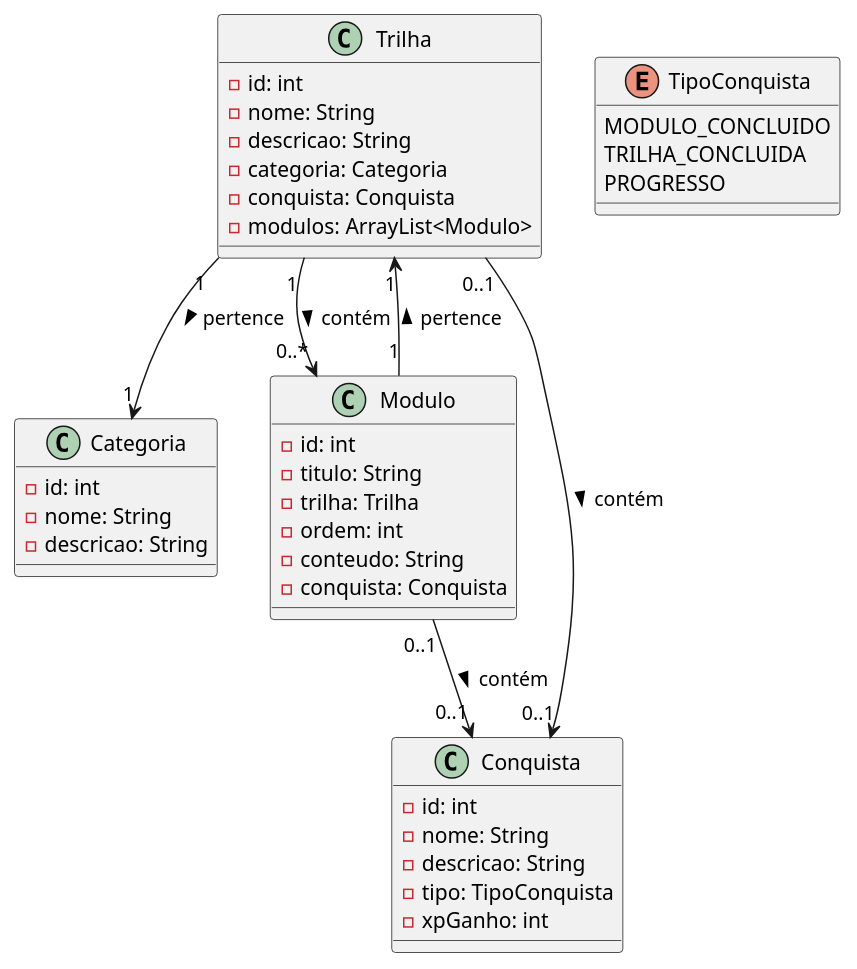
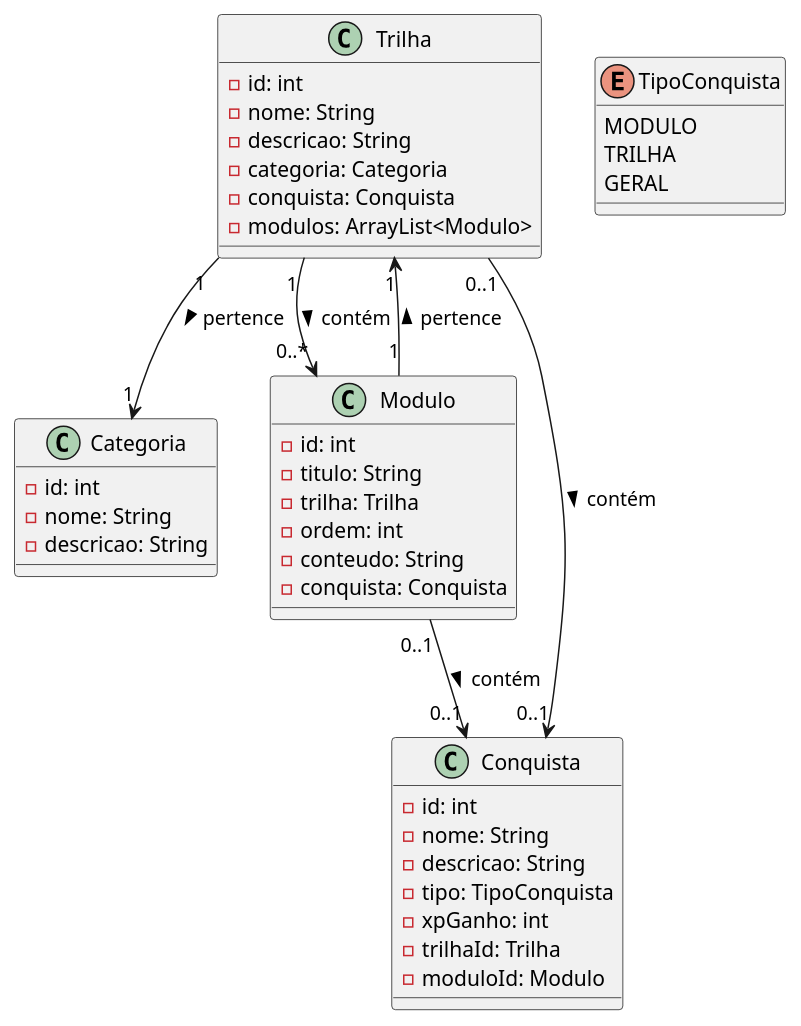
Before and after one commit to BruBSilva/trilha-service: the diagram in Diagrams/classe.puml, drawn with PlantUML.

```diff
--- a/Diagrams/classe.puml
+++ b/Diagrams/classe.puml
@@ -1,53 +1,55 @@
 @startuml
 
 ' Classe Categoria
 class Categoria {
   -id: int
   -nome: String
   -descricao: String
 }
 
 ' Classe Trilha
 class Trilha {
   -id: int
   -nome: String
   -descricao: String
   -categoria: Categoria
   -conquista: Conquista
   -modulos: ArrayList<Modulo>
 }
 
 ' Classe Modulo
 class Modulo {
   -id: int
   -titulo: String
   -trilha: Trilha
   -ordem: int
   -conteudo: String
   -conquista: Conquista
 }
 
 ' Classe Conquista
 class Conquista {
   -id: int
   -nome: String
   -descricao: String
   -tipo: TipoConquista
   -xpGanho: int
+  -trilhaId: Trilha
+  -moduloId: Modulo
 }
 
 ' Enum para o tipo de conquista
 enum TipoConquista {
-  MODULO_CONCLUIDO
-  TRILHA_CONCLUIDA
-  PROGRESSO
+  MODULO
+  TRILHA
+  GERAL
 }
 
 ' Relacionamentos
 Trilha "1" --> "1" Categoria : pertence >
 Trilha "1" --> "0..*" Modulo : contém >
 Trilha "0..1" --> "0..1" Conquista : contém >
 Modulo "0..1" --> "0..1" Conquista : contém >
 Modulo "1" --> "1" Trilha : pertence >
 
 @enduml
```
